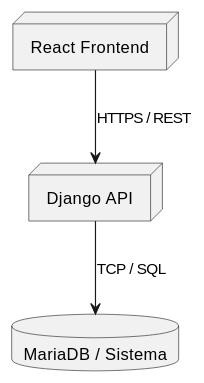
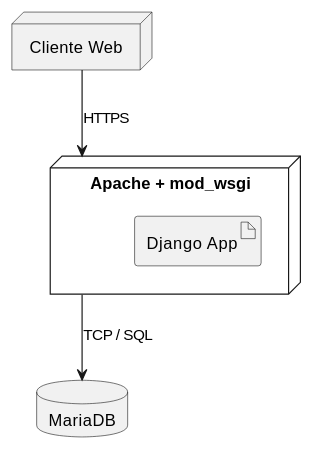
One commit to jcg-admin/IACT-docs changed the diagram in source/arquitectura-tecnica/DeployView/log-01.rst. Above: the diagram before and after it, drawn with PlantUML. The commit also changed 243 other files, not shown here.

First line of the commit message:
Add missing diagrams and fix participant names across Kruchten views

```diff
--- a/source/arquitectura-tecnica/DeployView/log-01.rst
+++ b/source/arquitectura-tecnica/DeployView/log-01.rst
@@ -21,13 +21,15 @@
 .. uml::
- :caption: UC_LOG_01 — Deployment View
+ :caption: UC_LOG_01 — Consultar Logs del Sistema — Deployment View
 
  @startuml
 
- node "React Frontend" as NodoFront
- node "Django API" as NodoAPI
- database "MariaDB / Sistema" as NodoBD
+ node "Cliente Web" as Client
+ node "Apache + mod_wsgi" as WebServer {
+   artifact "Django App" as App
+ }
+ database "MariaDB" as DB
 
- NodoFront --> NodoAPI : HTTPS / REST
- NodoAPI --> NodoBD : TCP / SQL
+ Client --> WebServer : HTTPS
+ WebServer --> DB : TCP / SQL
 
  @enduml
```
